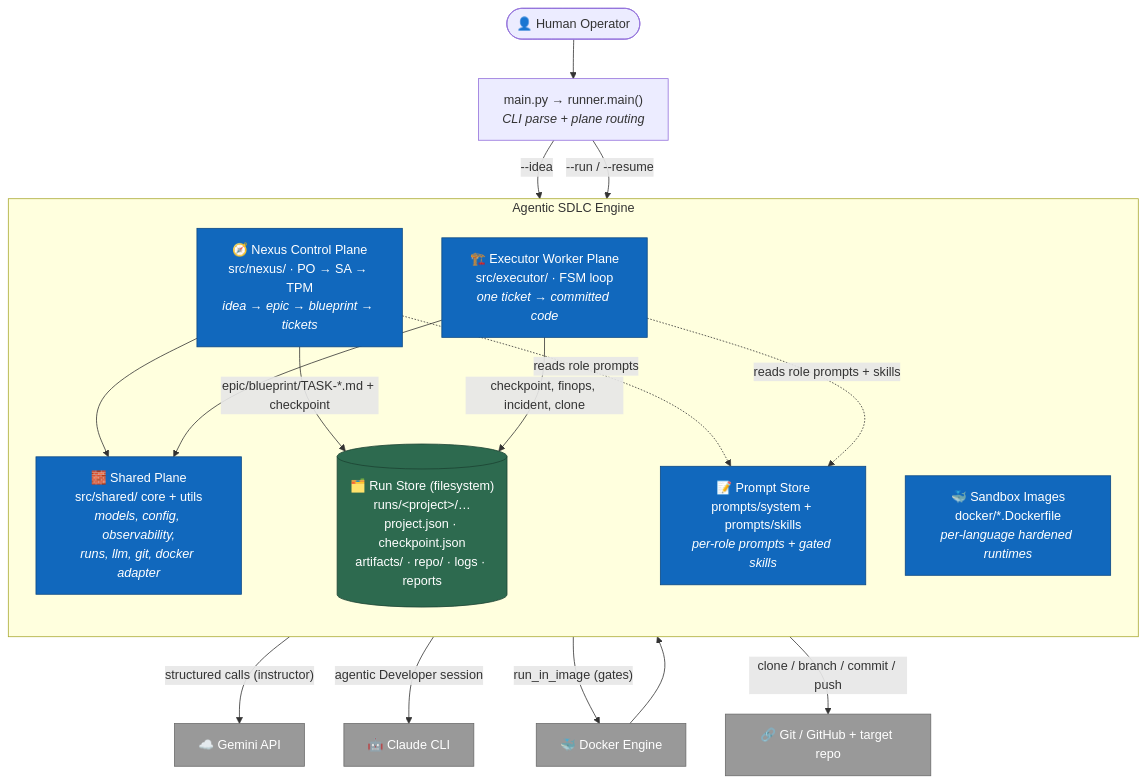
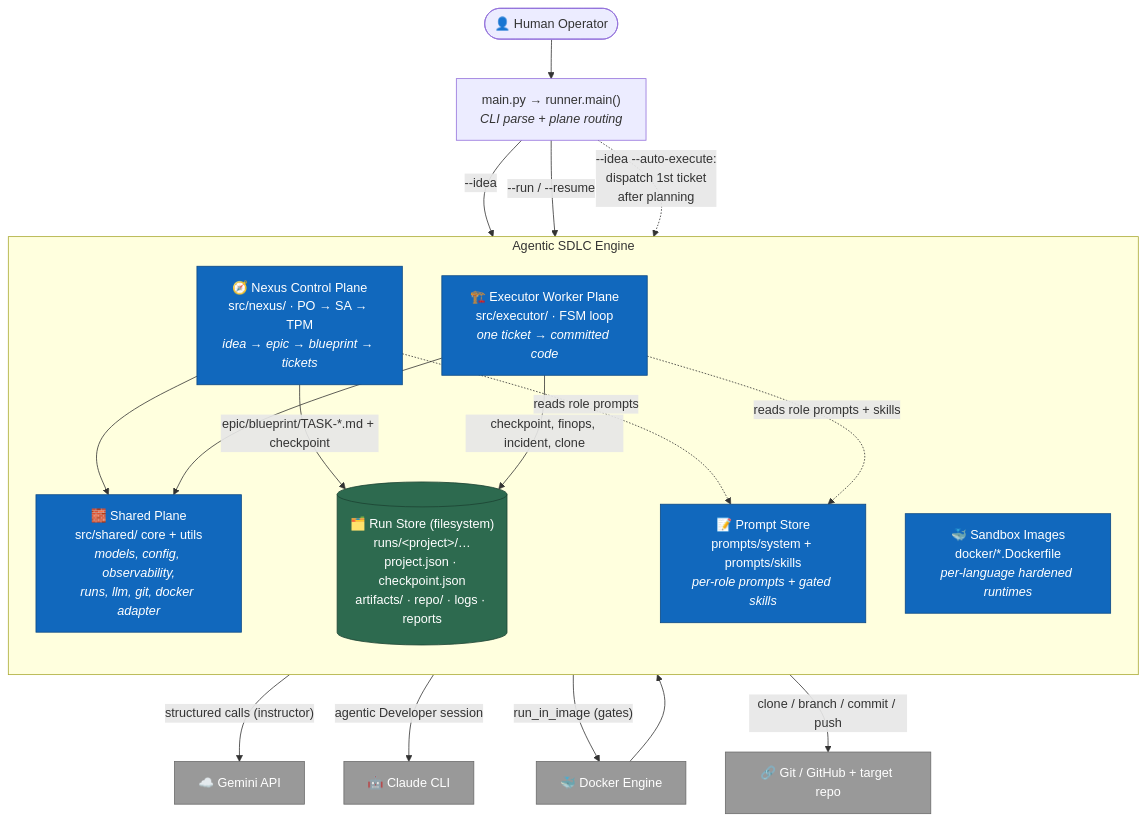
One commit to pavel-shyrko/async-agentic-sdlc changed the second of 4 diagrams in docs/ARCHITECTURE.md. Above: the diagram before and after it, drawn with Mermaid. The commit also changed other lines of this file and 13 other files, not shown here.

First line of the commit message:
docs: release v0.17.0 (Nexus→Executor auto-dispatch) + harden doc-sync skills

````diff
--- a/docs/ARCHITECTURE.md
+++ b/docs/ARCHITECTURE.md
@@ -64,44 +65,45 @@
 ```mermaid
 flowchart TB
     human(["👤 Human Operator"])
     cli["main.py → runner.main()<br/><i>CLI parse + plane routing</i>"]
 
     subgraph engine["Agentic SDLC Engine"]
         direction TB
         nexus["🧭 Nexus Control Plane<br/>src/nexus/ · PO → SA → TPM<br/><i>idea → epic → blueprint → tickets</i>"]
         executor["🏗️ Executor Worker Plane<br/>src/executor/ · FSM loop<br/><i>one ticket → committed code</i>"]
         shared["🧱 Shared Plane<br/>src/shared/ core + utils<br/><i>models, config, observability,<br/>runs, llm, git, docker adapter</i>"]
         prompts["📝 Prompt Store<br/>prompts/system + prompts/skills<br/><i>per-role prompts + gated skills</i>"]
         images["🐳 Sandbox Images<br/>docker/*.Dockerfile<br/><i>per-language hardened runtimes</i>"]
         runstore[("🗂️ Run Store (filesystem)<br/>runs/&lt;project&gt;/…<br/>project.json · checkpoint.json<br/>artifacts/ · repo/ · logs · reports")]
     end
 
     gemini["☁️ Gemini API"]
     claude["🤖 Claude CLI"]
     docker["🐳 Docker Engine"]
     github["🔗 Git / GitHub + target repo"]
 
     human --> cli
     cli -->|"--idea"| nexus
     cli -->|"--run / --resume"| executor
+    cli -.->|"--idea --auto-execute:<br/>dispatch 1st ticket<br/>after planning"| executor
 
     nexus --> shared
     executor --> shared
     nexus -->|"epic/blueprint/TASK-*.md + checkpoint"| runstore
     executor -->|"checkpoint, finops, incident, clone"| runstore
     nexus -.->|"reads role prompts"| prompts
     executor -.->|"reads role prompts + skills"| prompts
 
     shared -->|"structured calls (instructor)"| gemini
     shared -->|"agentic Developer session"| claude
     executor -->|"run_in_image (gates)"| docker
     docker --> images
     executor -->|"clone / branch / commit / push"| github
 
     classDef plane fill:#1168bd,stroke:#0b4884,color:#fff;
     classDef store fill:#2d6a4f,stroke:#1b4332,color:#fff;
     classDef ext fill:#999,stroke:#6b6b6b,color:#fff;
     class nexus,executor,shared,prompts,images plane;
     class runstore store;
     class gemini,claude,docker,github ext;
 ```
````
